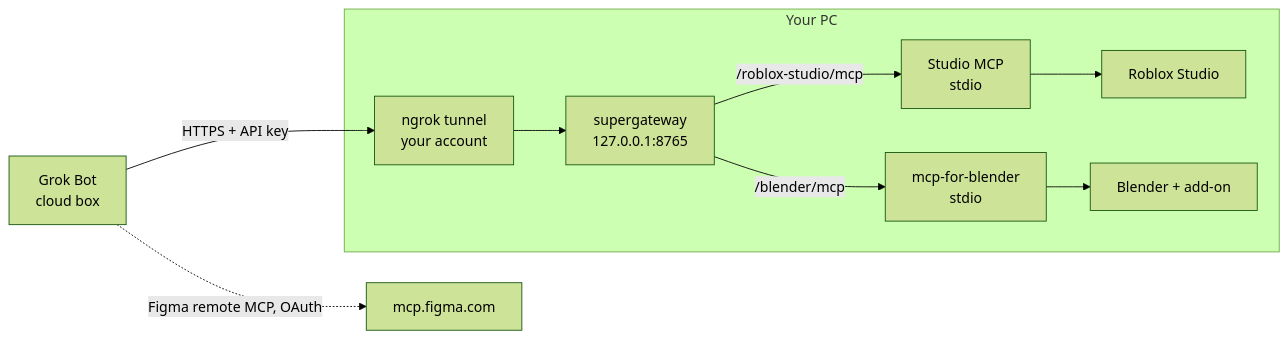
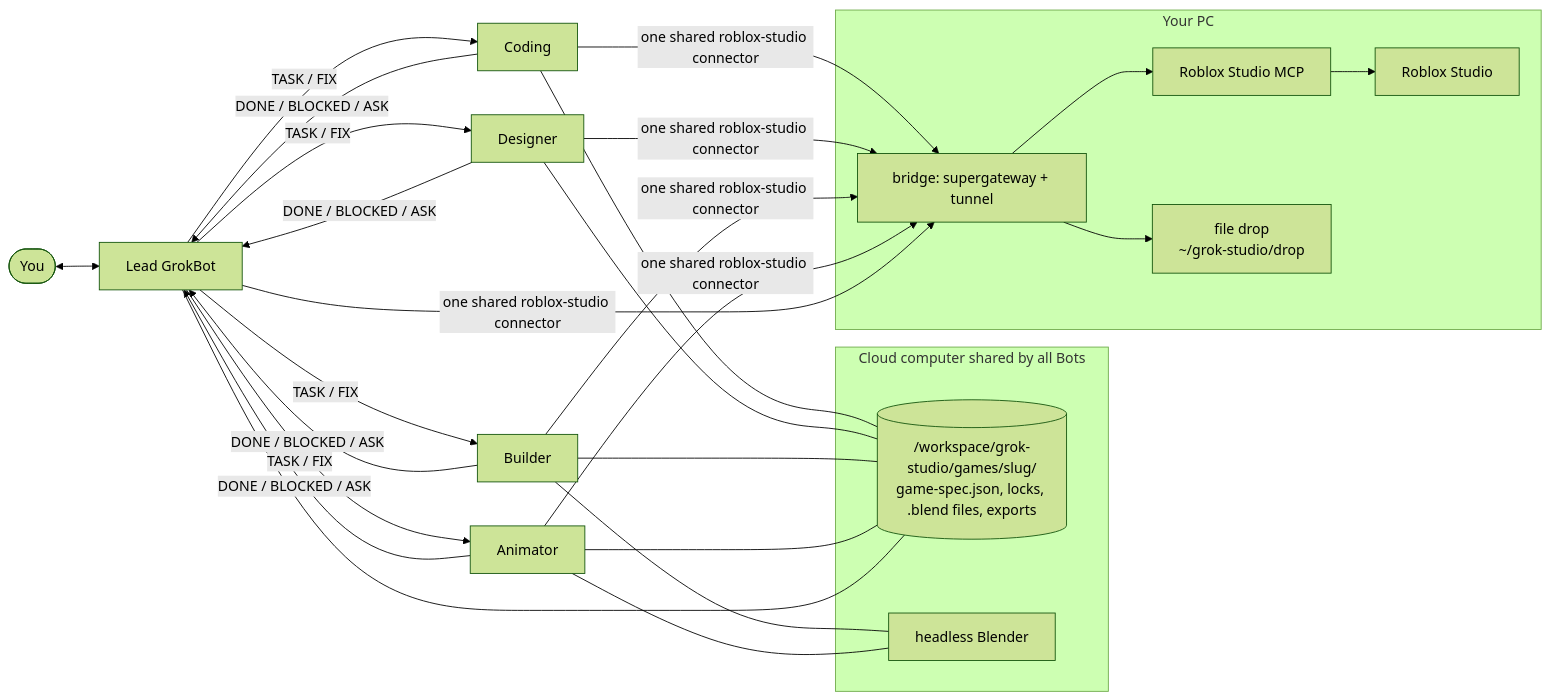
The diagram in README.md (anishsrinivasa/grok-studio), drawn with Mermaid (forest theme) before and after one commit. The commit also changed other lines of this file and 18 other files, not shown here.

First line of the commit message:
Team mode: Lead + Designer/Animator/Builder/Coding GrokBots

````diff
--- a/README.md
+++ b/README.md
@@ -70,10 +59,17 @@
 ```mermaid
 flowchart LR
-    G[Grok Bot<br/>cloud box] -- HTTPS + API key --> N[ngrok tunnel<br/>your account]
+    U([You]) <--> L[Lead GrokBot]
+    L -- TASK / FIX --> C[Coding] & D[Designer] & B[Builder] & A[Animator]
+    C & D & B & A -- DONE / BLOCKED / ASK --> L
+    subgraph Cloud computer shared by all Bots
+      SPEC[(/workspace/grok-studio/games/slug/<br/>game-spec.json, locks, .blend files, exports)]
+      BL[headless Blender]
+    end
+    C & D & B & A & L --- SPEC
+    B & A --- BL
     subgraph Your PC
-      N --> SG[supergateway<br/>127.0.0.1:8765]
-      SG -- /roblox-studio/mcp --> ST[Studio MCP<br/>stdio] --> RSt[Roblox Studio]
-      SG -- /blender/mcp --> BL[mcp-for-blender<br/>stdio] --> B[Blender + add-on]
+      BR[bridge: supergateway + tunnel] --> ST[Roblox Studio MCP] --> RS[Roblox Studio]
+      BR --> FD[file drop<br/>~/grok-studio/drop]
     end
-    G -. Figma remote MCP, OAuth .-> F[mcp.figma.com]
+    C & D & B & A & L -- one shared roblox-studio connector --> BR
 ```
````
